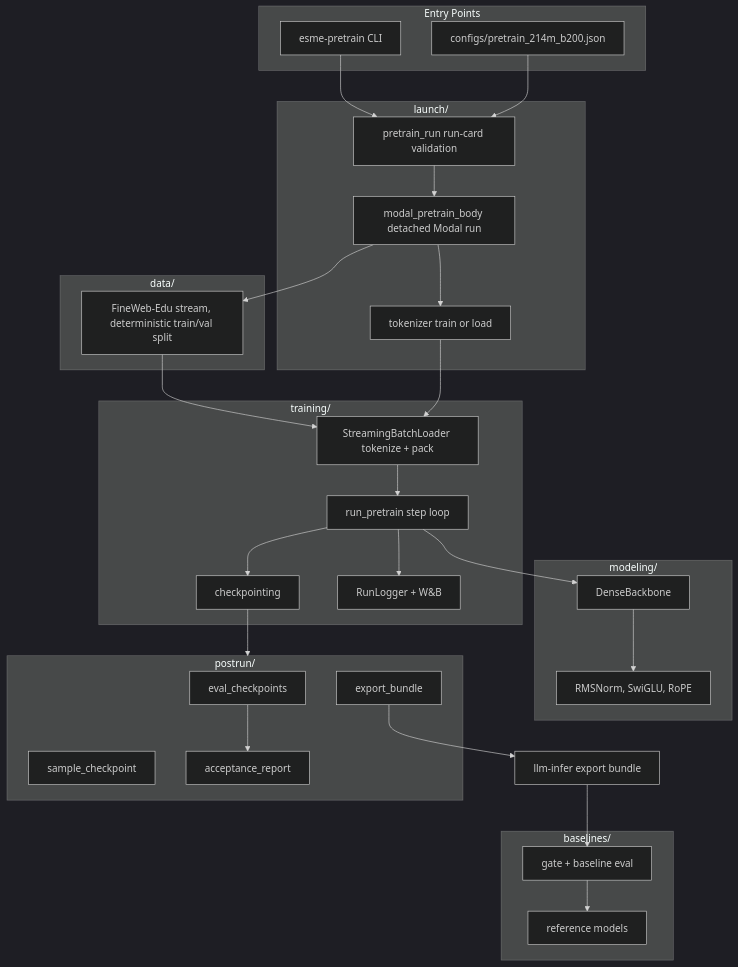
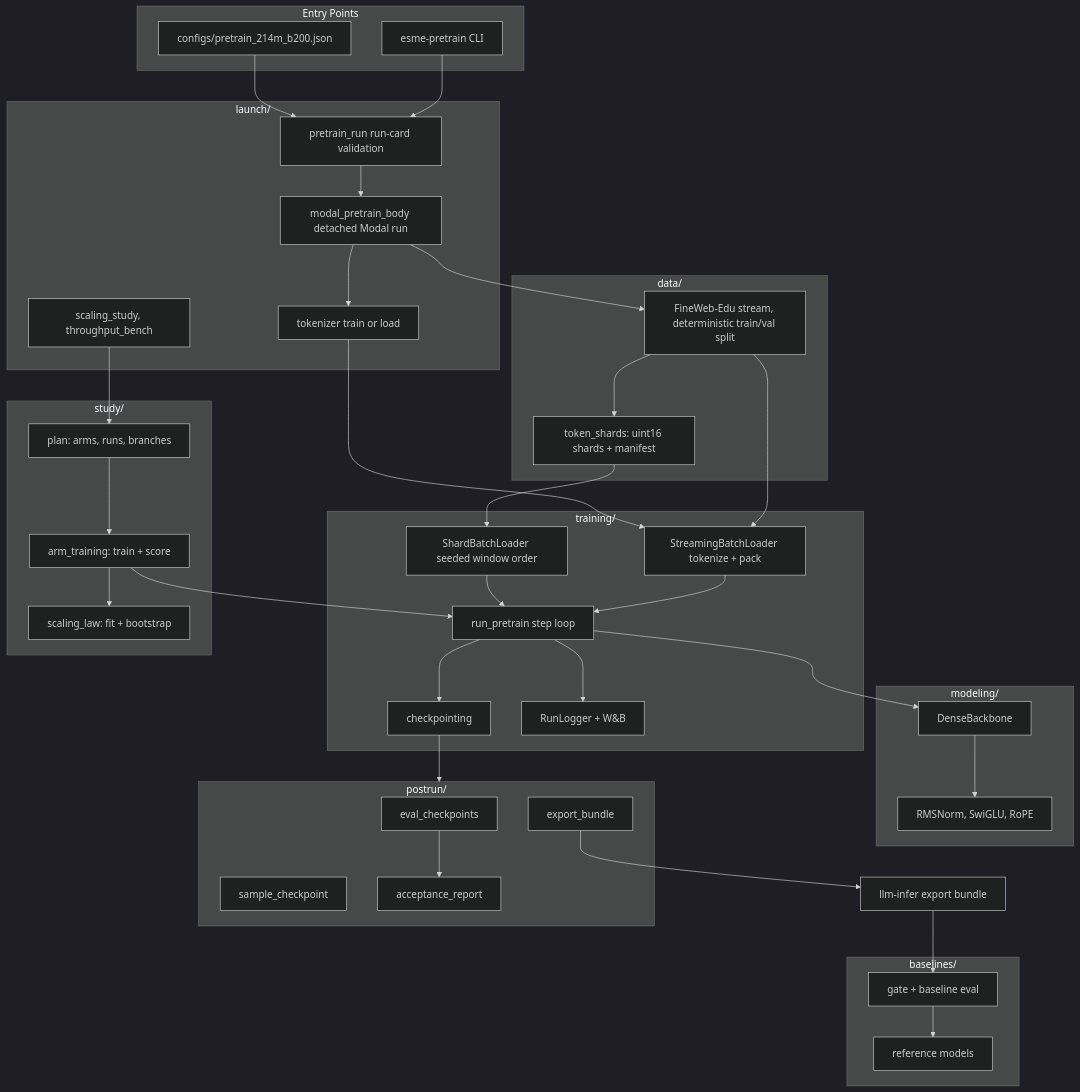
One commit to adamthuvesen/esme-pretrain changed the diagram in docs/architecture.md. Above: the diagram before and after it, drawn with Mermaid (dark theme). The commit also changed other lines of this file and 6 other files, not shown here.

````diff
--- a/docs/architecture.md
+++ b/docs/architecture.md
@@ -10,61 +10,77 @@
 ```mermaid
 flowchart TB
     subgraph entry [Entry Points]
         CLI["esme-pretrain CLI"]
         Card["configs/pretrain_214m_b200.json"]
     end
 
     subgraph launch [launch/]
         Validate["pretrain_run run-card validation"]
         Body["modal_pretrain_body detached Modal run"]
         Tok["tokenizer train or load"]
+        StudyLaunch["scaling_study, throughput_bench"]
     end
 
     subgraph data [data/]
         Corpus["FineWeb-Edu stream, deterministic train/val split"]
+        Shards["token_shards: uint16 shards + manifest"]
     end
 
     subgraph training [training/]
         Stream["StreamingBatchLoader tokenize + pack"]
+        ShardLoader["ShardBatchLoader seeded window order"]
         Loop["run_pretrain step loop"]
         Ckpt["checkpointing"]
         Metrics["RunLogger + W&B"]
+    end
+
+    subgraph study [study/]
+        Plan["plan: arms, runs, branches"]
+        Arm["arm_training: train + score"]
+        Law["scaling_law: fit + bootstrap"]
     end
 
     subgraph modeling [modeling/]
         Backbone["DenseBackbone"]
         Layers["RMSNorm, SwiGLU, RoPE"]
     end
 
     subgraph postrun [postrun/]
         Eval["eval_checkpoints"]
         Sample["sample_checkpoint"]
         Accept["acceptance_report"]
         Export["export_bundle"]
     end
 
     subgraph baselines [baselines/]
         Harness["gate + baseline eval"]
         Refs["reference models"]
     end
 
     Bundle["llm-infer export bundle"]
 
     CLI --> Validate
     Card --> Validate
     Validate --> Body
     Body --> Tok
     Body --> Corpus
     Corpus --> Stream
     Tok --> Stream
     Stream --> Loop
+    Corpus --> Shards
+    Shards --> ShardLoader
+    ShardLoader --> Loop
+    StudyLaunch --> Plan
+    Plan --> Arm
+    Arm --> Loop
+    Arm --> Law
     Loop --> Backbone
     Backbone --> Layers
     Loop --> Ckpt
     Loop --> Metrics
     Ckpt --> postrun
     Eval --> Accept
     Export --> Bundle
     Bundle --> Harness
     Harness --> Refs
 ```
````
